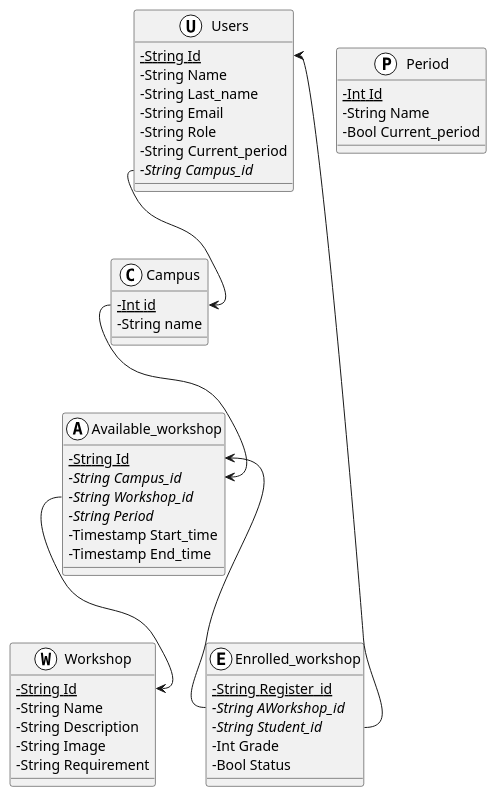
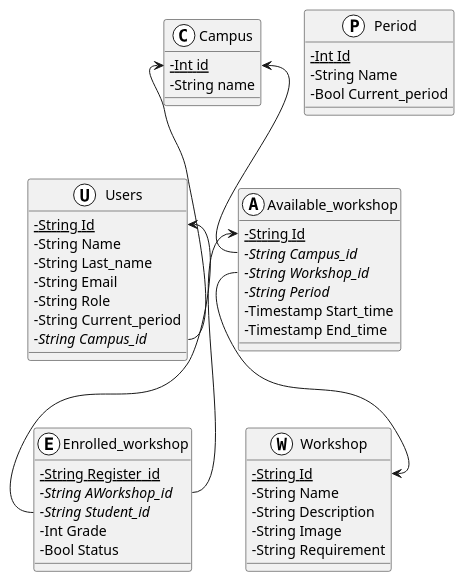
One commit to facund015/codeRelatedObsidianNotes changed the diagram in Reto/Base de datos.md. Above: the diagram before and after it, drawn with PlantUML.

Commit message:
vault backup: 2021-12-01 18:20:03

````diff
--- a/Reto/Base de datos.md
+++ b/Reto/Base de datos.md
@@ -2,60 +2,61 @@
 ```plantuml
 @startuml
 skinparam classAttributeIconSize 0
 
 class Users <<(U,white)>> {
 	-{static} String Id
 	-String Name
 	-String Last_name
 	-String Email
 	-String Role
 	-String Current_period
 	{abstract} -String Campus_id
 }
 
 class Campus <<(C,white)>> {
 	{static} -Int id
 	-String name
 }
 
 class Period <<(P,white)>> {
 	{static} -Int Id
 	-String Name
 	-Bool Current_period
 }
 
 class Workshop <<(W,white)>> {
 	{static} -String Id
 	-String Name
 	-String Description
 	-String Image
 	-String Requirement
 }
 class Available_workshop <<(A, white)>> {
 	{static} -String Id
 	{abstract} -String Campus_id
 	{abstract} -String Workshop_id
 	{abstract} -String Period
 	-Timestamp Start_time
 	-Timestamp End_time
 }
 class Enrolled_workshop <<(E,white)>> {
 	{static} -String Register_id
 	{abstract} -String AWorkshop_id
 	{abstract} -String Student_id
 	-Int Grade
 	-Bool Status
 }
 
+Available_workshop::Id <-- Enrolled_workshop::AWorkshop_id
+Users::Id <-- Enrolled_workshop::Student_id
+Campus::id <-- Users::Campus_id
+Campus::id <-- Available_workshop::Campus_id
 
-Users::Campus_id --> Campus::id
-Campus::id --> Available_workshop::Campus_id
-Users::Id <-- Enrolled_workshop::Student_id
-Available_workshop::Id <-- Enrolled_workshop::AWorkshop_id
+
 Available_workshop::Workshop_id --> Workshop::Id
 
 
 
 
 @enduml
 ```
````
